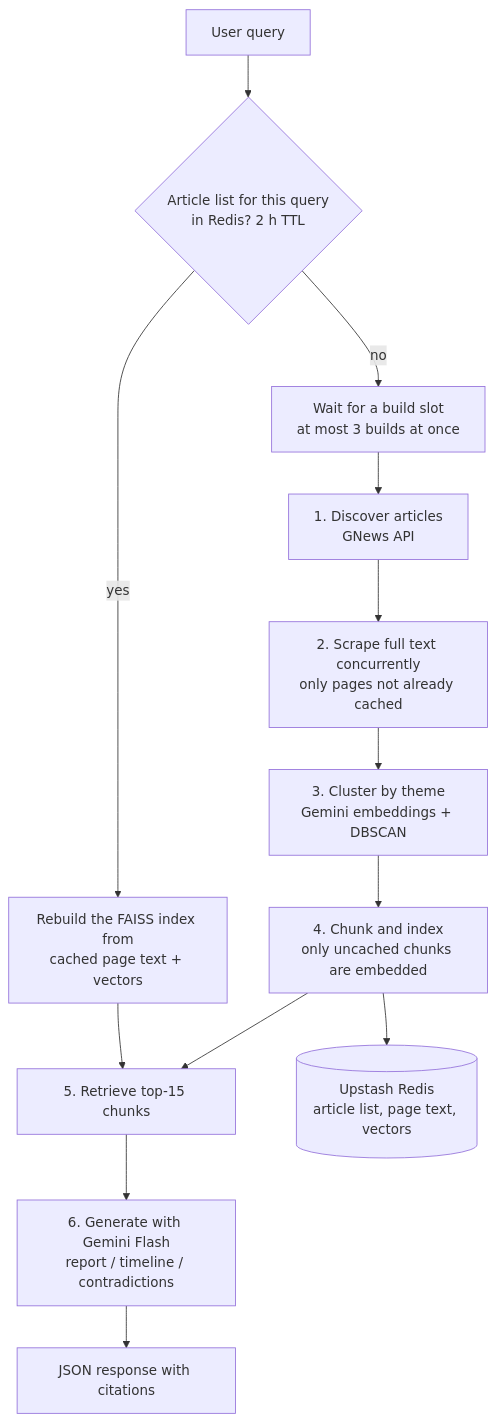
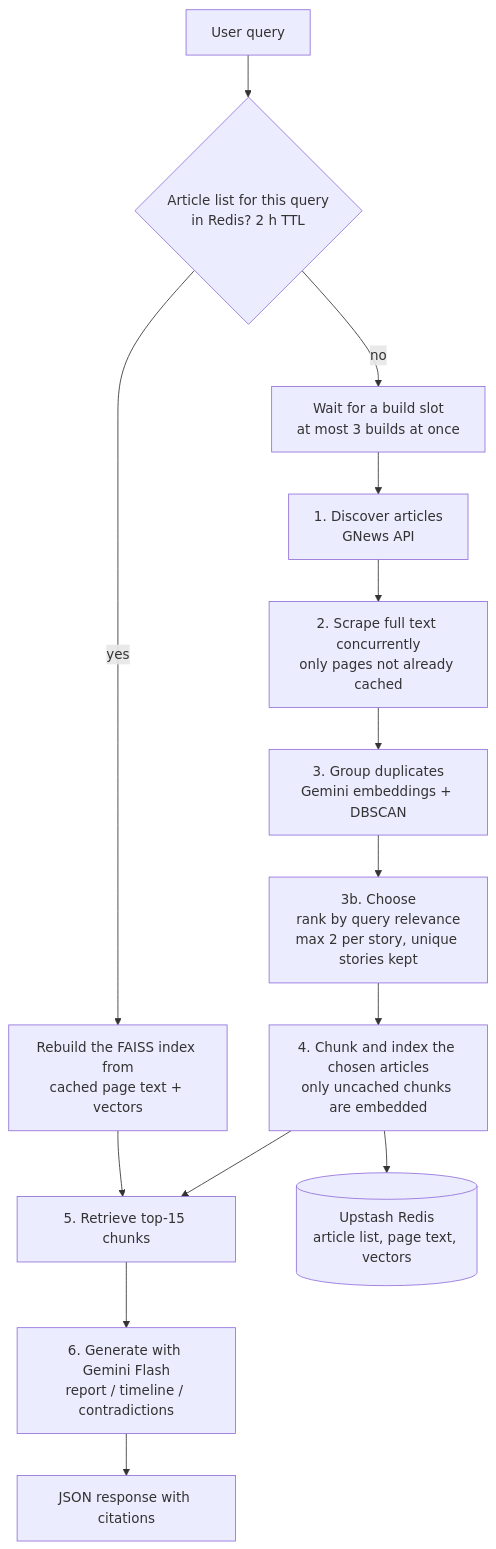
The diagram in README.md (KotraHaridutt/ai-news-intelligence), drawn with Mermaid before and after one commit. The commit also changed other lines of this file and 4 other files, not shown here.

````diff
--- a/README.md
+++ b/README.md
@@ -34,15 +34,16 @@
 ```mermaid
 flowchart TD
     A[User query] --> B{Article list for this query<br/>in Redis? 2 h TTL}
     B -- yes --> R[Rebuild the FAISS index from<br/>cached page text + vectors]
     R --> F
     B -- no --> Q[Wait for a build slot<br/>at most 3 builds at once]
     Q --> C[1. Discover articles<br/>GNews API]
     C --> D[2. Scrape full text concurrently<br/>only pages not already cached]
-    D --> E[3. Cluster by theme<br/>Gemini embeddings + DBSCAN]
-    E --> E2[4. Chunk and index<br/>only uncached chunks are embedded]
+    D --> E[3. Group duplicates<br/>Gemini embeddings + DBSCAN]
+    E --> CH[3b. Choose<br/>rank by query relevance<br/>max 2 per story, unique stories kept]
+    CH --> E2[4. Chunk and index the chosen articles<br/>only uncached chunks are embedded]
     E2 --> CACHE[(Upstash Redis<br/>article list, page text, vectors)]
     E2 --> F[5. Retrieve top-15 chunks]
     F --> G[6. Generate with Gemini Flash<br/>report / timeline / contradictions]
     G --> H[JSON response with citations]
 ```
````
